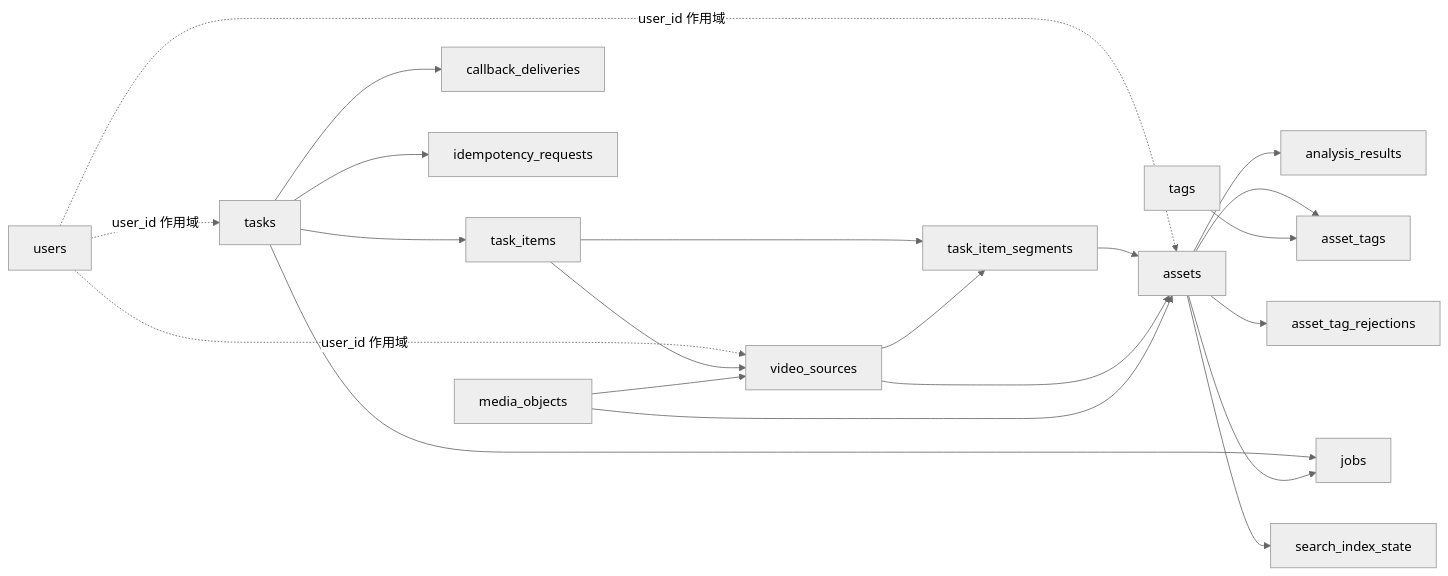
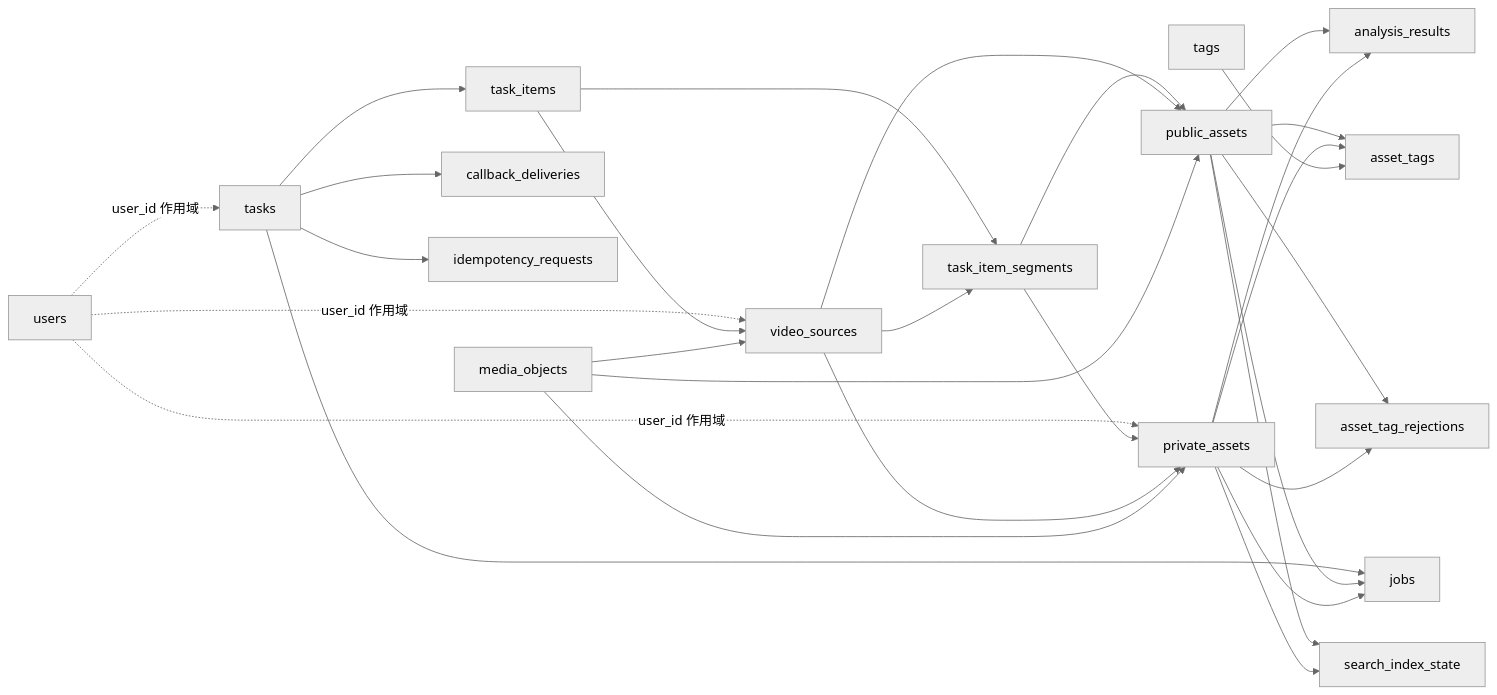
Before and after one commit to YiHarvest/assets-library: the diagram in ops/metabase/docs/DATABASE_DICTIONARY.md, drawn with Mermaid (neutral theme). The commit also changed other lines of this file and 54 other files, not shown here.

````diff
--- a/ops/metabase/docs/DATABASE_DICTIONARY.md
+++ b/ops/metabase/docs/DATABASE_DICTIONARY.md
@@ -38,23 +39,31 @@
 ```mermaid
 flowchart LR
   users -. user_id 作用域 .-> tasks
-  users -. user_id 作用域 .-> assets
+  users -. user_id 作用域 .-> private_assets
   users -. user_id 作用域 .-> video_sources
   tasks --> task_items
   tasks --> jobs
   tasks --> callback_deliveries
   tasks --> idempotency_requests
   task_items --> video_sources
   task_items --> task_item_segments
   video_sources --> task_item_segments
   media_objects --> video_sources
-  task_item_segments --> assets
-  video_sources --> assets
-  media_objects --> assets
-  assets --> analysis_results
-  assets --> asset_tags
+  task_item_segments --> public_assets
+  task_item_segments --> private_assets
+  video_sources --> public_assets
+  video_sources --> private_assets
+  media_objects --> public_assets
+  media_objects --> private_assets
+  public_assets --> analysis_results
+  private_assets --> analysis_results
+  public_assets --> asset_tags
+  private_assets --> asset_tags
   tags --> asset_tags
-  assets --> asset_tag_rejections
-  assets --> jobs
-  assets --> search_index_state
+  public_assets --> asset_tag_rejections
+  private_assets --> asset_tag_rejections
+  public_assets --> jobs
+  private_assets --> jobs
+  public_assets --> search_index_state
+  private_assets --> search_index_state
 ```
````
